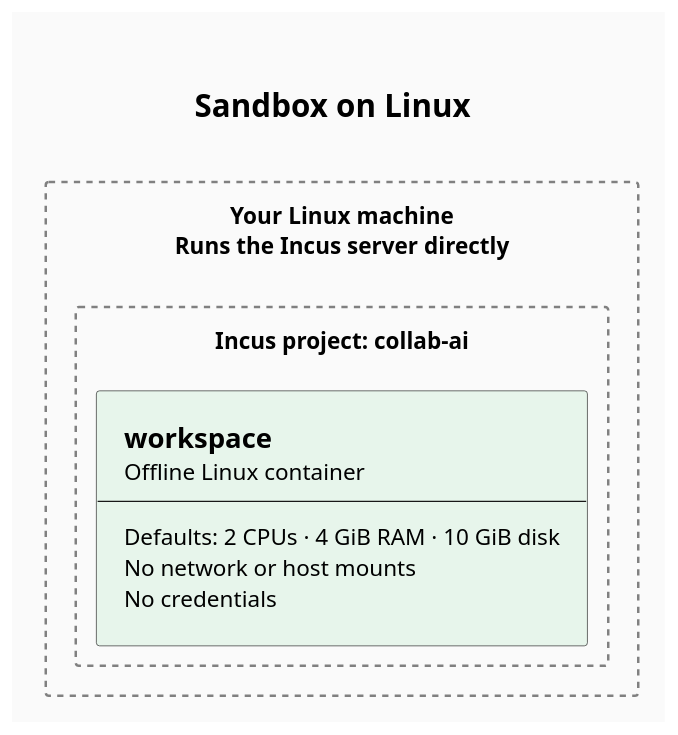
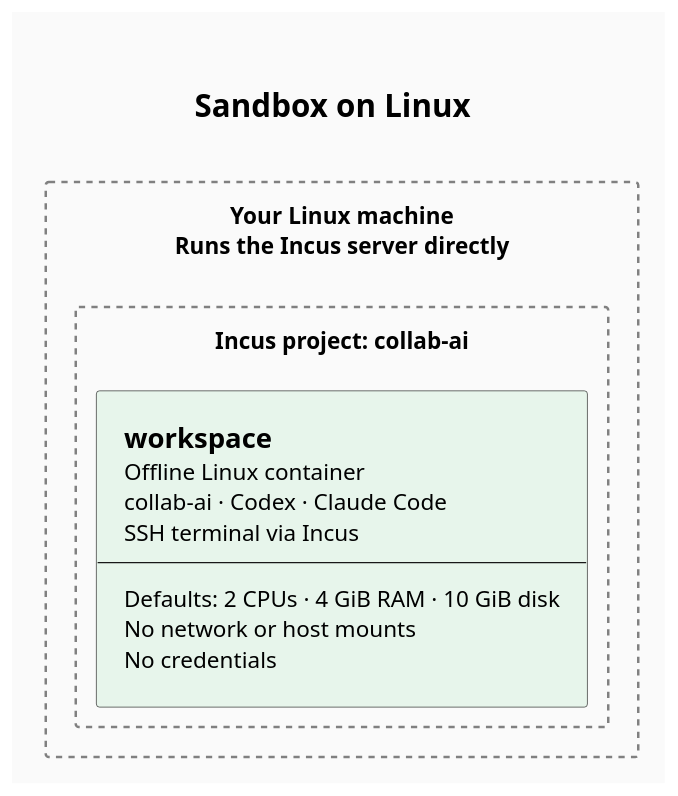
One commit to makarski/collab-ai changed the diagram in docs/assets/sandbox-linux.puml. Above: the diagram before and after it, drawn with PlantUML. The commit also changed 23 other files, not shown here.

Commit message:
Build equipped Incus workspace images and add SSH access

```diff
--- a/docs/assets/sandbox-linux.puml
+++ b/docs/assets/sandbox-linux.puml
@@ -1,47 +1,49 @@
 @startuml sandbox-linux
 ' Render from the repository root:
 ' plantuml -tsvg -nometadata docs/assets/sandbox-linux.puml
 
 title Sandbox on Linux
 
 <style>
 title {
     FontSize 25
 }
 document {
     Margin 20
     BackgroundColor #fafafa
 }
 rectangle {
     LineStyle 5
     LineColor #grey
     LineThickness 2
 }
 .Workspace {
     BackgroundColor #e7f5eb
 }
 </style>
 
 hide stereotype
 skinparam {
     backgroundColor #fafafa
     shadowing false
     componentStyle rectangle
     defaultFontSize 18
     padding 12
 }
 
 rectangle "Your Linux machine\nRuns the Incus server directly" as Host {
 rectangle "Incus project: collab-ai" as Project {
     component Workspace <<Workspace>> [
         =workspace
         Offline Linux container
+        collab-ai · Codex · Claude Code
+        SSH terminal via Incus
         --
         Defaults: 2 CPUs · 4 GiB RAM · 10 GiB disk
         No network or host mounts
         No credentials
     ]
 }
 }
 
 @enduml
```
